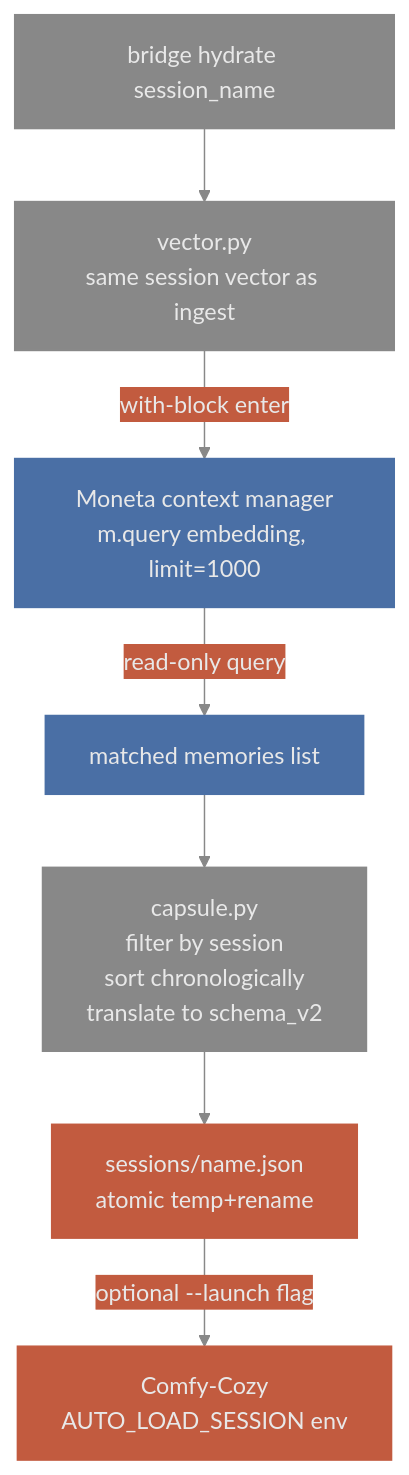
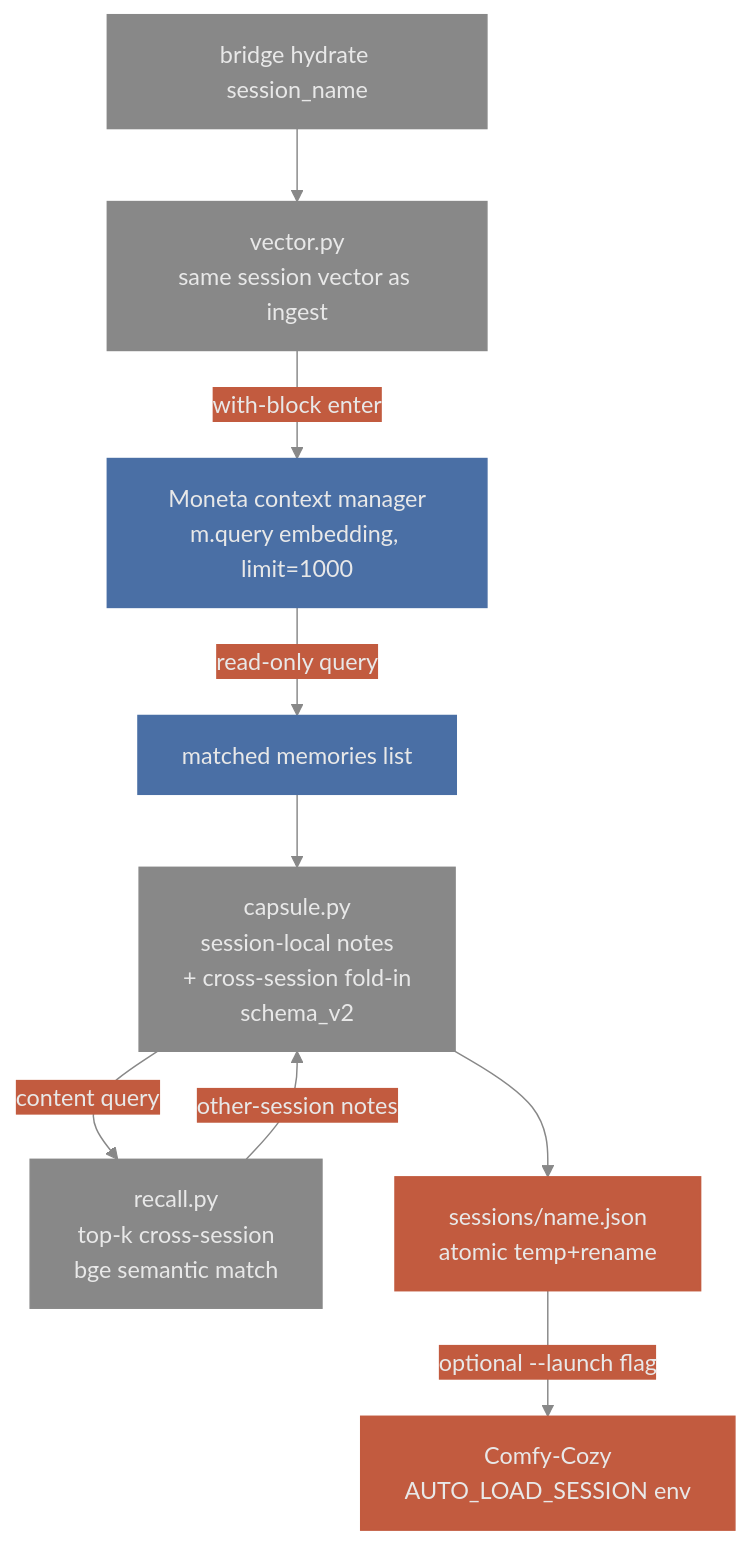
One commit to JosephOIbrahim/comfy-moneta-bridge changed the second of 3 diagrams in README.md. Above: the diagram before and after it, drawn with Mermaid. The commit also changed other lines of this file, not shown here.

First line of the commit message:
[VERIFY] README: bge-default, cross-session, provisioning + diagram updates

````diff
--- a/README.md
+++ b/README.md
@@ -61,41 +61,44 @@
 ```mermaid
 %%{init: {'theme':'base', 'themeVariables': {
   'primaryColor': '#4A6FA5',
   'primaryTextColor': '#E8E8E8',
   'primaryBorderColor': '#4A6FA5',
   'secondaryColor': '#C25B3F',
   'secondaryTextColor': '#E8E8E8',
   'secondaryBorderColor': '#C25B3F',
   'tertiaryColor': '#888888',
   'tertiaryTextColor': '#E8E8E8',
   'tertiaryBorderColor': '#888888',
   'background': '#0D0D0D',
   'mainBkg': '#4A6FA5',
   'lineColor': '#888888',
   'textColor': '#E8E8E8'
 }}}%%
 %% Hydrate: Moneta state → Comfy-Cozy session capsule
 flowchart TD
     CLI[bridge hydrate session_name]
     Vector2[vector.py<br/>same session vector as ingest]
     Moneta2[Moneta context manager<br/>m.query embedding, limit=1000]
     Memories[matched memories list]
-    Capsule[capsule.py<br/>filter by session<br/>sort chronologically<br/>translate to schema_v2]
+    Capsule[capsule.py<br/>session-local notes<br/>+ cross-session fold-in<br/>schema_v2]
+    Recall[recall.py<br/>top-k cross-session<br/>bge semantic match]
     Capsule_File[sessions/name.json<br/>atomic temp+rename]
     Launch[Comfy-Cozy<br/>AUTO_LOAD_SESSION env]
 
     CLI --> Vector2
     Vector2 -->|with-block enter| Moneta2
     Moneta2 -->|read-only query| Memories
     Memories --> Capsule
+    Capsule -->|content query| Recall
+    Recall -->|other-session notes| Capsule
     Capsule --> Capsule_File
     Capsule_File -->|optional --launch flag| Launch
 
     classDef substrate fill:#4A6FA5,stroke:#4A6FA5,color:#E8E8E8
     classDef consumer  fill:#C25B3F,stroke:#C25B3F,color:#E8E8E8
     classDef bridge    fill:#888888,stroke:#888888,color:#E8E8E8
 
-    class CLI,Vector2,Capsule bridge
+    class CLI,Vector2,Capsule,Recall bridge
     class Moneta2,Memories substrate
     class Capsule_File,Launch consumer
 ```
````
